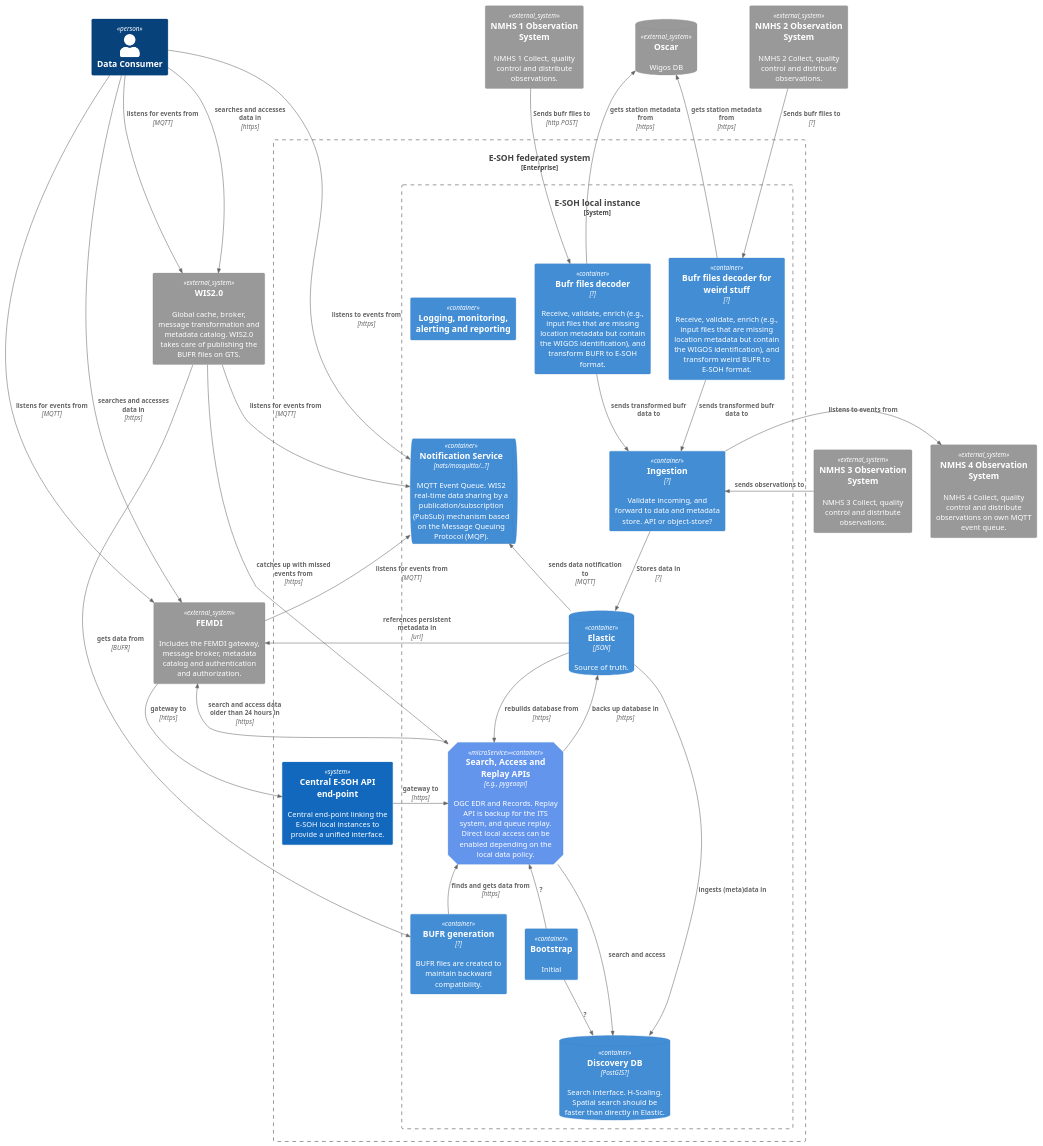
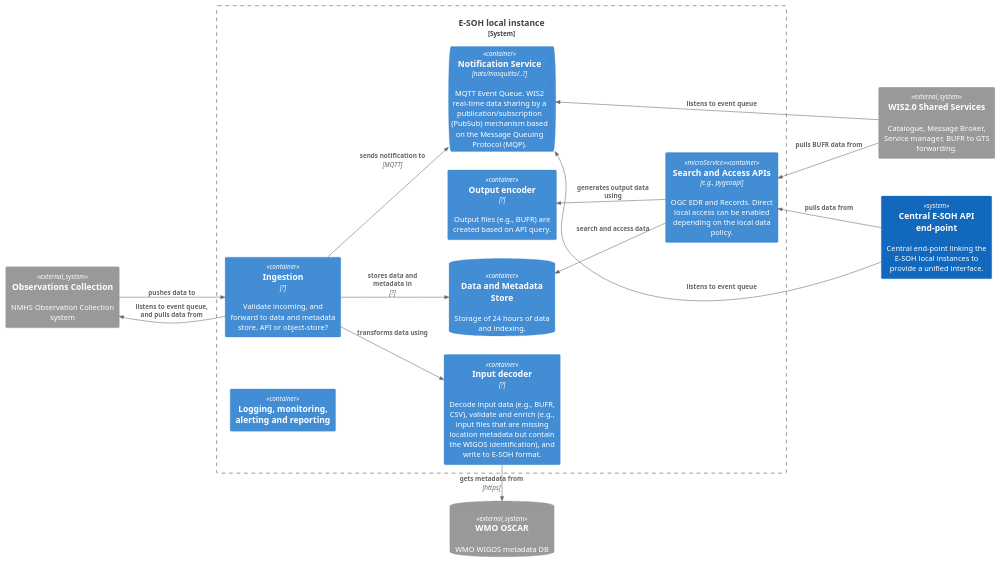
One commit to EURODEO/e-soh-c4 changed the diagram in 03-container-diagram/c4-container-diagram.puml. Above: the diagram before and after it, drawn with PlantUML. The commit also changed 5 other files, not shown here.

Commit message:
simplified container diagram

```diff
--- a/03-container-diagram/c4-container-diagram.puml
+++ b/03-container-diagram/c4-container-diagram.puml
@@ -1,83 +1,47 @@
 @startuml "c4-container-diagram"
 !include https://raw.githubusercontent.com/plantuml-stdlib/C4-PlantUML/master/C4_Container.puml
 
-AddElementTag("microService", $shape=EightSidedShape(), $bgColor="CornflowerBlue", $fontColor="white", $legendText="micro service\neight sided")
+'LAYOUT_TOP_DOWN()
+LAYOUT_LEFT_RIGHT()
 
-SystemDb_Ext(oscar, "Oscar", "Wigos DB")
-System_Ext(femdi, "FEMDI", "Includes the FEMDI gateway, message broker, metadata catalog and authentication and authorization.")
-System_Ext(wis2, "WIS2.0", "Global cache, broker, message transformation and metadata catalog. WIS2.0 takes care of publishing the BUFR files on GTS.")
-System_Ext(NMHSObs1,"NMHS 1 Observation System", "NMHS 1 Collect, quality control and distribute observations.")
-System_Ext(NMHSObs2,"NMHS 2 Observation System", "NMHS 2 Collect, quality control and distribute observations.")
-System_Ext(NMHSObs3,"NMHS 3 Observation System", "NMHS 3 Collect, quality control and distribute observations.")
-System_Ext(NMHSObs4,"NMHS 4 Observation System", "NMHS 4 Collect, quality control and distribute observations on own MQTT event queue.")
+System_Ext(wis2shared, "WIS2.0 Shared Services", "Catalogue, Message Broker, Service manager, BUFR to GTS forwarding.")
+SystemDb_Ext(oscar, "WMO OSCAR", "WMO WIGOS metadata DB")
+System_Ext(obscoll,"Observations Collection", "NMHS Observation Collection system")
+System(centralapi, "Central E-SOH API end-point", "Central end-point linking the E-SOH local instances to provide a unified interface.")
 
-Person(consumer, "Data Consumer")
-
-Enterprise_Boundary(esoh_all, "E-SOH federated system"){
-  System(proxy, "Central E-SOH API end-point", "Central end-point linking the E-SOH local instances to provide a unified interface.")
-
-  System_Boundary(esoh_fed, "E-SOH local instance"){
+System_Boundary(esoh, "E-SOH local instance"){
     ContainerQueue(queue, "Notification Service", "nats/mosquitto/..?", "MQTT Event Queue. WIS2 real-time data sharing by a publication/subscription (PubSub) mechanism based on the Message Queuing Protocol (MQP).")
 
-    Container(queries, "Search, Access and Replay APIs", "e.g., pygeoapi", "OGC EDR and Records. Replay API is backup for the ITS system, and queue replay. Direct local access can be enabled depending on the local data policy.", $tags = "microService")
+    Container(queries, "Search and Access APIs", "e.g., pygeoapi", "OGC EDR and Records. Direct local access can be enabled depending on the local data policy.", $tags = "microService")
 
-    Container(IngestionService, "Ingestion", "?", "Validate incoming, and forward to data and metadata store. API or object-store?")
-    Container(SingleBufrReceiver, "Bufr files decoder", "?", "Receive, validate, enrich (e.g., input files that are missing location metadata but contain the WIGOS identification), and transform BUFR to E-SOH format.")
-    Container(CustomBufrReceiver, "Bufr files decoder for weird stuff", "?", "Receive, validate, enrich (e.g., input files that are missing location metadata but contain the WIGOS identification), and transform weird BUFR to E-SOH format.")
+    Container(ingestion, "Ingestion", "?", "Validate incoming, and forward to data and metadata store. API or object-store?")
+    Container(decoder, "Input decoder", "?", "Decode input data (e.g., BUFR, CSV), validate and enrich (e.g., input files that are missing location metadata but contain the WIGOS identification), and write to E-SOH format.")
 
     'System(records, "Search API", "OGC Records. Direct local access can be enabled depending on the local data policy.", $tags = "microService")
 
-    Container(bufr_generator, "BUFR generation", "?", "BUFR files are created to maintain backward compatibility.")
+    Container(output_encoder, "Output encoder", "?", "Output files (e.g., BUFR) are created based on API query.")
     Container(lmar, "Logging, monitoring, alerting and reporting", "")
 
 
-    ContainerDb(elastic, "Elastic", "JSON", "Source of truth.")
-    ContainerDb(db, "Discovery DB", "PostGIS?", "Search interface. H-Scaling. Spatial search should be faster than directly in Elastic.")
-    Container(bootstrap, "Bootstrap", "", "Initial")
+    ContainerDb(store, "Data and Metadata Store", "", "Storage of 24 hours of data and indexing.")
 
-    'ContainerDb(data_store, "Data and metadata store", "Storage of 24 hours of data.")
-  }
 }
 
-Rel_D(NMHSObs1, SingleBufrReceiver, "Sends bufr files to", "http POST")
-Rel_D(NMHSObs2, CustomBufrReceiver, "Sends bufr files to", "?")
+Rel_D(obscoll, ingestion, "pushes data to")
+Rel_U(ingestion, obscoll, "listens to event queue, and pulls data from")
+Rel(ingestion, decoder, "transforms data using", "")
+Rel_L(decoder, oscar, "gets metadata from", "https")
 
-Rel_U(SingleBufrReceiver, oscar, "gets station metadata from", "https")
-Rel_U(CustomBufrReceiver, oscar, "gets station metadata from", "https")
+Rel_U(wis2shared, queries, "pulls BUFR data from")
+Rel_U(wis2shared, queue, "listens to event queue")
 
-Rel_L(NMHSObs3, IngestionService, "sends observations to", "")
-Rel_R(IngestionService, NMHSObs4, "listens to events from", "")
-Rel_D(SingleBufrReceiver, IngestionService, "sends transformed bufr data to", "")
-Rel_D(CustomBufrReceiver, IngestionService, "sends transformed bufr data to", "")
+Rel_U(queries, output_encoder, "generates output data using")
+Rel_U(centralapi, queries, "pulls data from")
+Rel_U(centralapi, queue, "listens to event queue")
 
-Rel_D(IngestionService, elastic, "Stores data in", "?")
+Rel(ingestion, store, "stores data and metadata in", "?")
+Rel(ingestion, queue, "sends notification to", "MQTT")
 
-Rel_R(elastic, queries, "rebuilds database from", "https")
-Rel(elastic, femdi, "references persistent metadata in", "uri")
-Rel_L(elastic, db, "ingests (meta)data in", "")
-Rel_U(elastic, queue, "sends data notification to", "MQTT")
-
-Rel(queries, elastic, "backs up database in", "https")
-Rel(wis2, queries, "catches up with missed events from", "https")
-Rel(femdi, queue, "listens for events from", "MQTT")
-Rel(queries,  db, "search and access", "")
-Rel(queries,  femdi, "search and access data older than 24 hours in", "https")
-
-Rel(wis2, queue, "listens for events from", "MQTT")
-
-Rel_U(bufr_generator, queries, "finds and gets data from", "https")
-Rel(wis2, bufr_generator, "gets data from", "BUFR")
-
-Rel(consumer, femdi, "searches and accesses data in", "https")
-Rel(consumer, femdi, "listens for events from", "MQTT")
-Rel(consumer, wis2, "searches and accesses data in", "https")
-Rel(consumer, wis2, "listens for events from", "MQTT")
-Rel_L(proxy, queries, "gateway to", "https")
-Rel_D(femdi, proxy, "gateway to", "https")
-
-Rel(consumer, queue, "listens to events from", "https")
-
-Rel_U(bootstrap, queries, "?", "")
-Rel_D(bootstrap, db, "?", "")
+Rel_U(queries, store, "search and access data")
 
 @enduml
```
